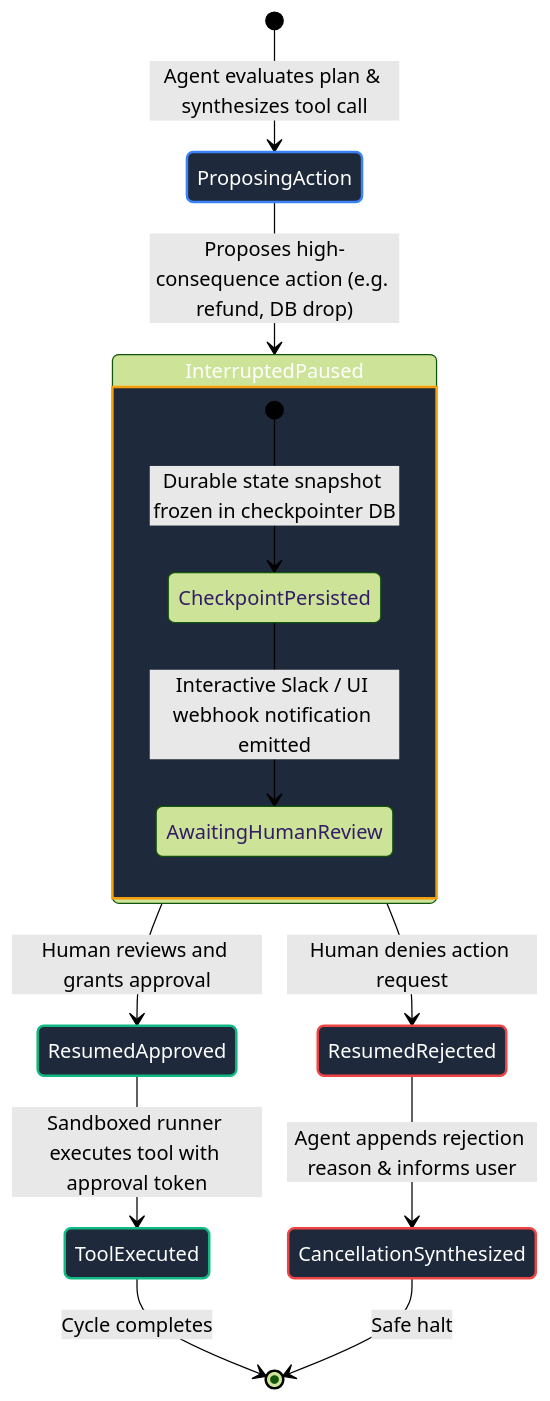
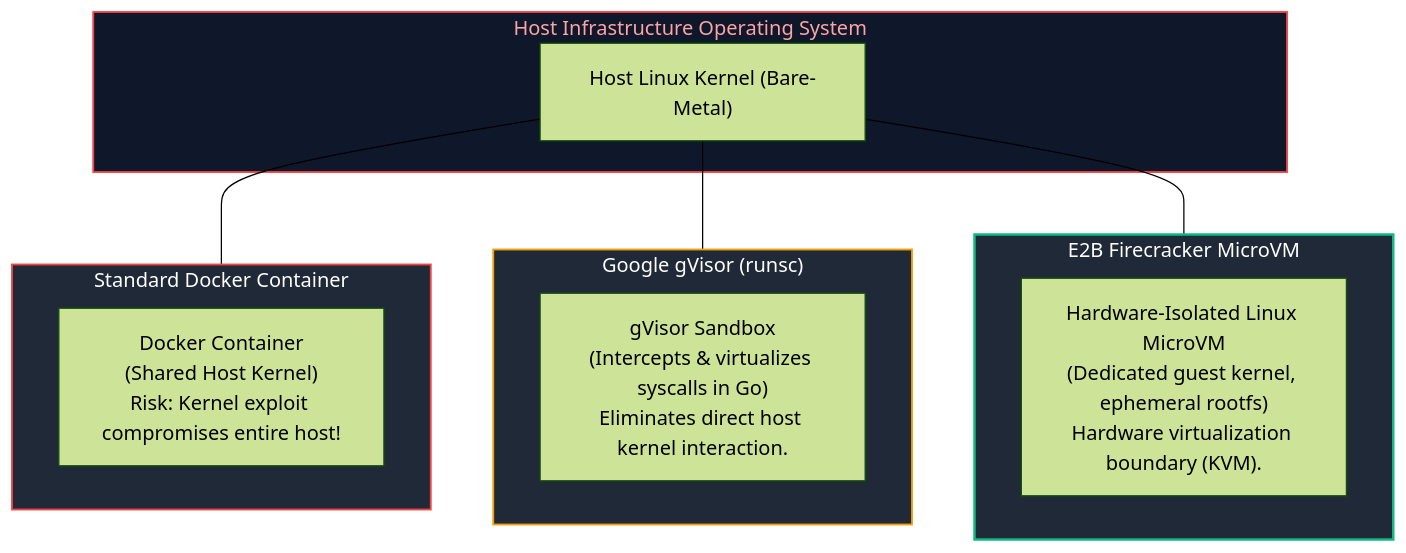
Diagram 13 of 13 in AI Engineering/07_ai_agents_and_workflow_orchestration.md (joydeep-biswas/Interview-Preparation), drawn with Mermaid (forest theme) before and after one commit. The commit also changed other lines of this file and 143 other files, not shown here.

````diff
--- a/AI Engineering/07_ai_agents_and_workflow_orchestration.md
+++ b/AI Engineering/07_ai_agents_and_workflow_orchestration.md
@@ -272,29 +839,27 @@
 ```mermaid
-stateDiagram-v2
-    classDef proposing fill:#1e293b,stroke:#3b82f6,stroke-width:2px,color:#ffffff
-    classDef paused fill:#1e293b,stroke:#f59e0b,stroke-width:2px,color:#ffffff
-    classDef approved fill:#1e293b,stroke:#10b981,stroke-width:2px,color:#ffffff
-    classDef rejected fill:#1e293b,stroke:#ef4444,stroke-width:2px,color:#ffffff
+flowchart TD
+    subgraph HostOS ["Host Infrastructure Operating System"]
+        BareMetalHost["Host Linux Kernel (Bare-Metal)"]
+    end
 
-    [*] --> ProposingAction: Agent evaluates plan & synthesizes tool call
-    ProposingAction --> InterruptedPaused: Proposes high-consequence action (e.g. refund, DB drop)
-    
-    state InterruptedPaused {
-        [*] --> CheckpointPersisted: Durable state snapshot frozen in checkpointer DB
-        CheckpointPersisted --> AwaitingHumanReview: Interactive Slack / UI webhook notification emitted
-    }
+    subgraph StandardDocker ["Standard Docker Container"]
+        ContainerA["Docker Container<br/>(Shared Host Kernel)<br/>Risk: Kernel exploit compromises entire host!"]
+    end
 
-    InterruptedPaused --> ResumedApproved: Human reviews and grants approval
-    InterruptedPaused --> ResumedRejected: Human denies action request
+    subgraph gVisorSandbox ["Google gVisor (runsc)"]
+        ContainerB["gVisor Sandbox<br/>(Intercepts & virtualizes syscalls in Go)<br/>Eliminates direct host kernel interaction."]
+    end
 
-    ResumedApproved --> ToolExecuted: Sandboxed runner executes tool with approval token
-    ResumedRejected --> CancellationSynthesized: Agent appends rejection reason & informs user
+    subgraph E2BMicroVM ["E2B Firecracker MicroVM"]
+        MicroVM["Hardware-Isolated Linux MicroVM<br/>(Dedicated guest kernel, ephemeral rootfs)<br/>Hardware virtualization boundary (KVM)."]
+    end
 
-    ToolExecuted --> [*]: Cycle completes
-    CancellationSynthesized --> [*]: Safe halt
+    BareMetalHost --- StandardDocker
+    BareMetalHost --- gVisorSandbox
+    BareMetalHost --- E2BMicroVM
 
-    class ProposingAction proposing
-    class InterruptedPaused paused
-    class ResumedApproved,ToolExecuted approved
-    class ResumedRejected,CancellationSynthesized rejected
+    style HostOS fill:#0f172a,stroke:#ef4444,stroke-width:1.5px,color:#fca5a5
+    style StandardDocker fill:#1f2937,stroke:#ef4444,stroke-width:1.5px,color:#fff
+    style gVisorSandbox fill:#1f2937,stroke:#f59e0b,stroke-width:1.5px,color:#fff
+    style E2BMicroVM fill:#1f2937,stroke:#10b981,stroke-width:2px,color:#fff
 ```
````
